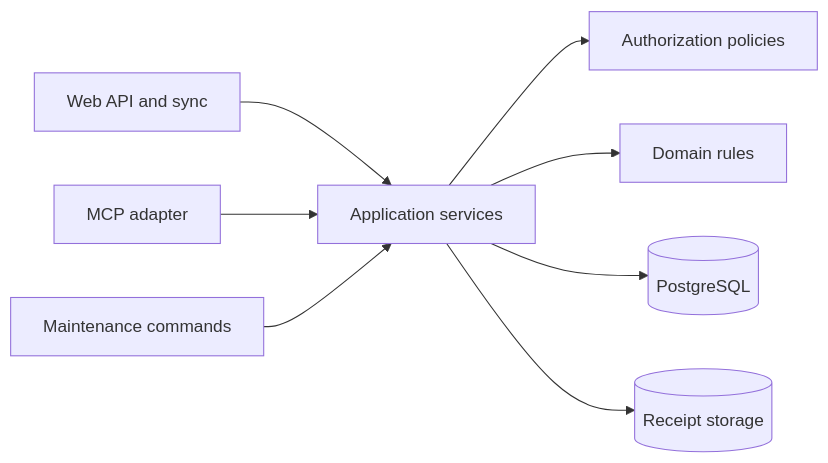
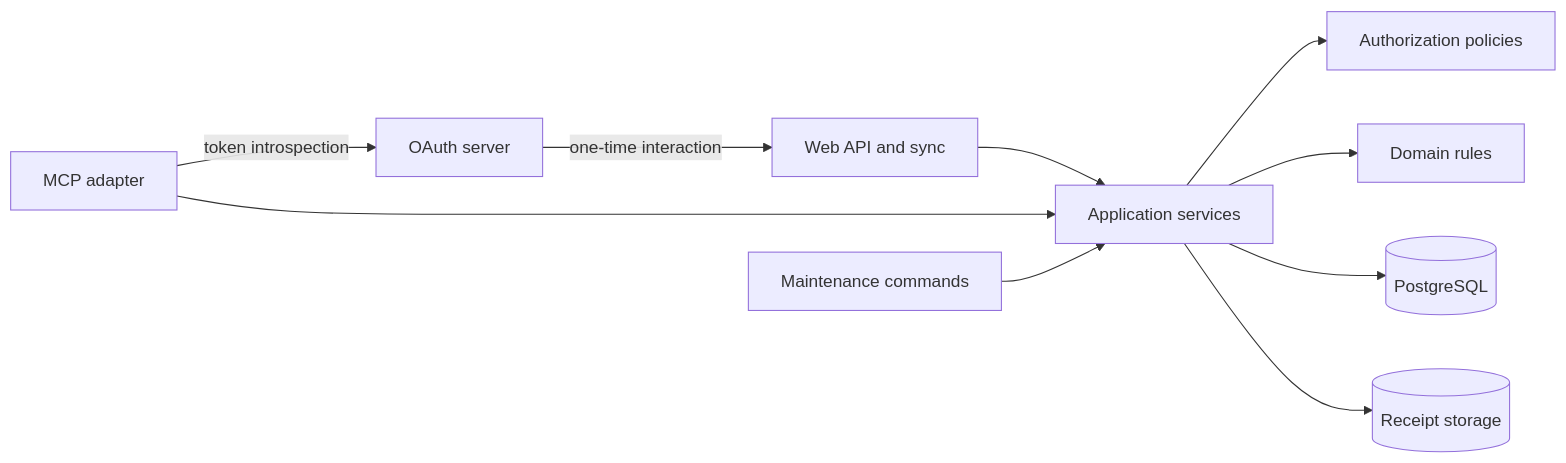
One commit to yaqwsx/CookOps changed the diagram in specification/15-agent-interface-mcp.md. Above: the diagram before and after it, drawn with Mermaid. The commit also changed other lines of this file and 7 other files, not shown here.

Commit message:
docs: research MCP OAuth architecture

````diff
--- a/specification/15-agent-interface-mcp.md
+++ b/specification/15-agent-interface-mcp.md
@@ -18,10 +18,12 @@
 ```mermaid
 flowchart LR
     WEB[Web API and sync] --> APP[Application services]
     MCP[MCP adapter] --> APP
+    MCP -->|token introspection| OAUTH[OAuth server]
+    OAUTH -->|one-time interaction| WEB
     JOB[Maintenance commands] --> APP
     APP --> AUTH[Authorization policies]
     APP --> DOMAIN[Domain rules]
     APP --> DB[(PostgreSQL)]
     APP --> MEDIA[(Receipt storage)]
 ```
````
